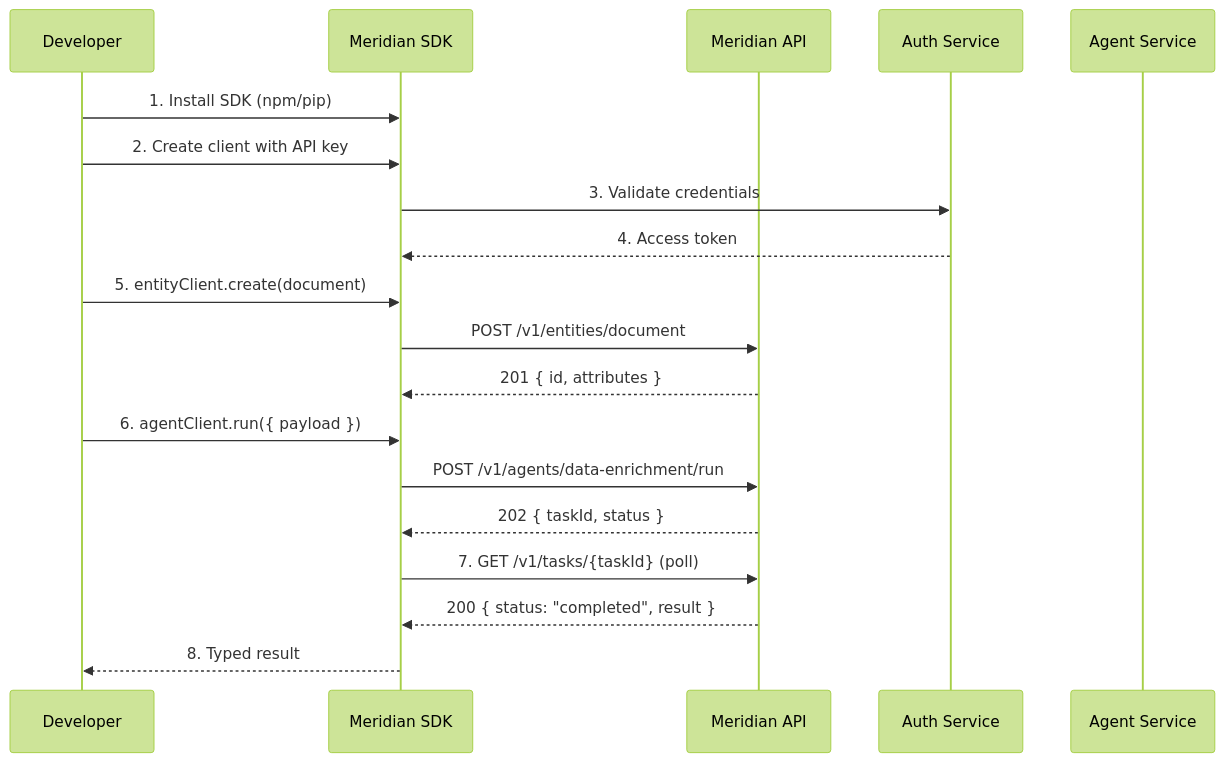
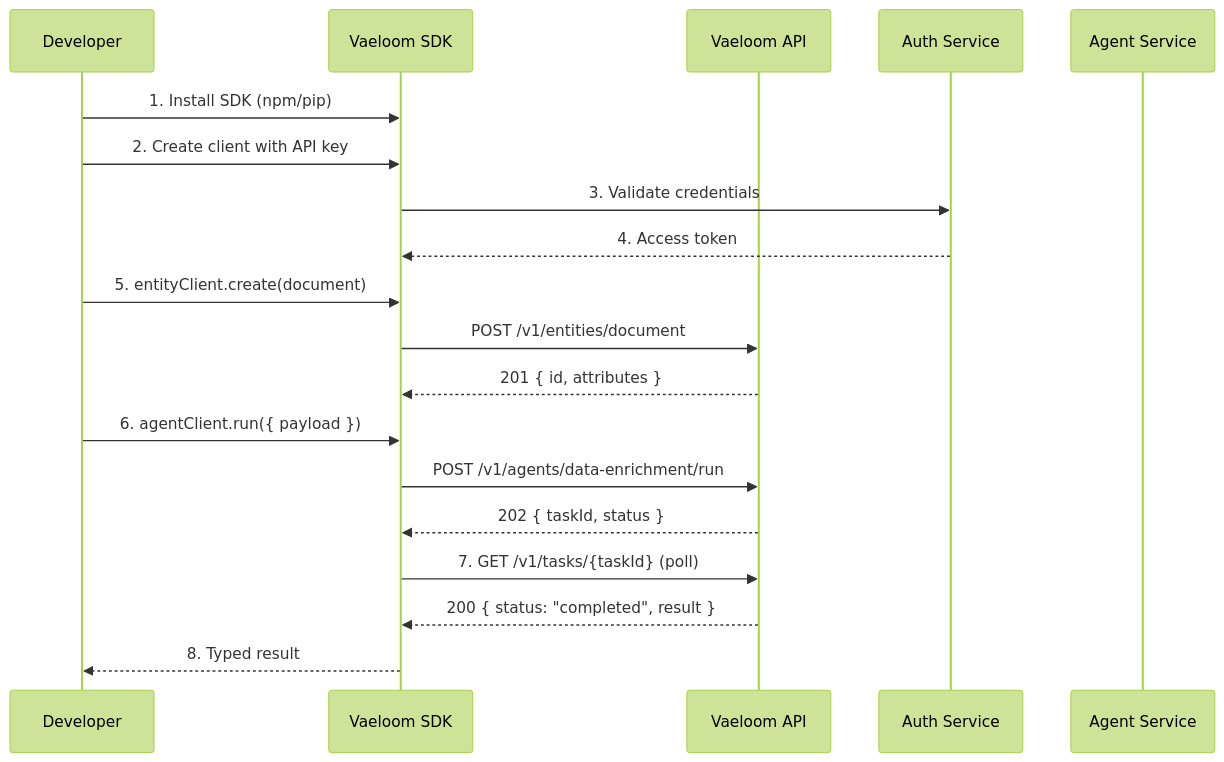
The second of 2 diagrams in Docs/SDK-Documentation.md (Driftloom/Vaeloom), drawn with Mermaid (forest theme) before and after one commit. The commit also changed other lines of this file and 249 other files, not shown here.

Commit message:
Rename all references from Meridian to Vaeloom across docs, scripts, and config

````diff
--- a/Docs/SDK-Documentation.md
+++ b/Docs/SDK-Documentation.md
@@ -247,27 +247,27 @@
 ```mermaid
 sequenceDiagram
     participant Dev as Developer
-    participant SDK as Meridian SDK
-    participant API as Meridian API
+    participant SDK as Vaeloom SDK
+    participant API as Vaeloom API
     participant Auth as Auth Service
     participant Agent as Agent Service
 
     Dev->>SDK: 1. Install SDK (npm/pip)
     Dev->>SDK: 2. Create client with API key
 
     SDK->>Auth: 3. Validate credentials
     Auth-->>SDK: 4. Access token
 
     Dev->>SDK: 5. entityClient.create(document)
 
     SDK->>API: POST /v1/entities/document
     API-->>SDK: 201 { id, attributes }
 
     Dev->>SDK: 6. agentClient.run({ payload })
     SDK->>API: POST /v1/agents/data-enrichment/run
     API-->>SDK: 202 { taskId, status }
 
     SDK->>API: 7. GET /v1/tasks/{taskId} (poll)
     API-->>SDK: 200 { status: "completed", result }
     SDK-->>Dev: 8. Typed result
 ```
````
